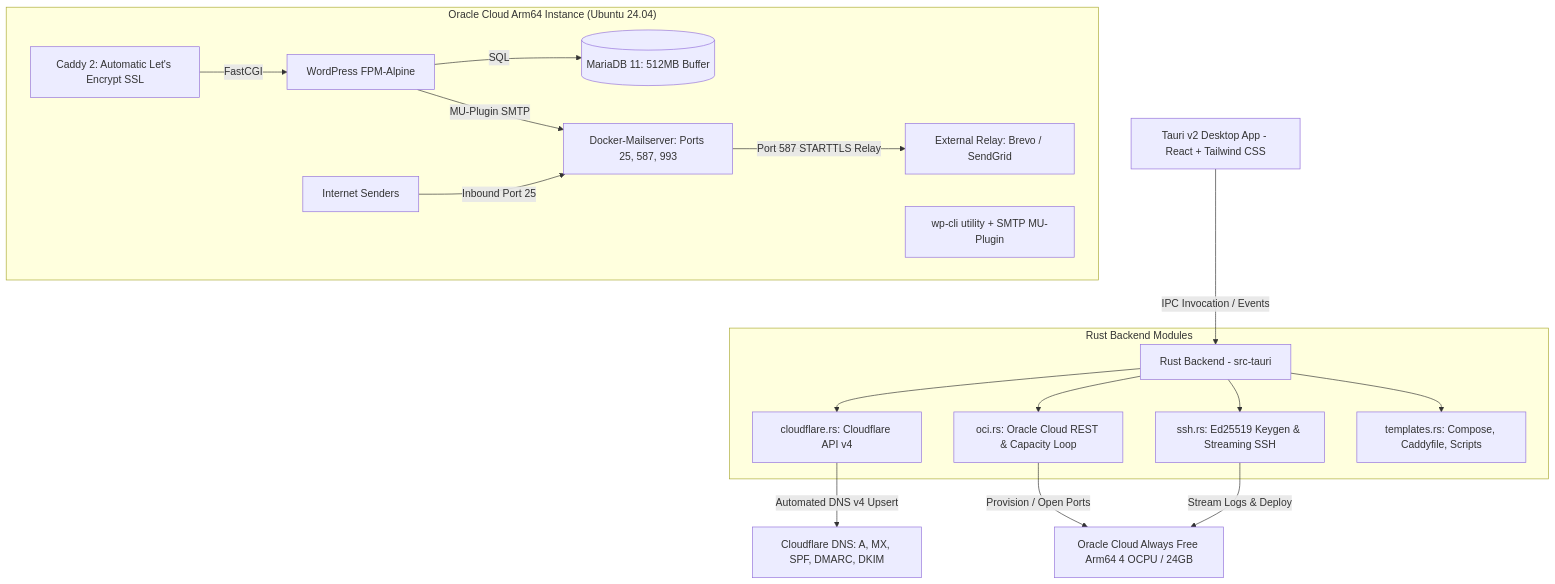
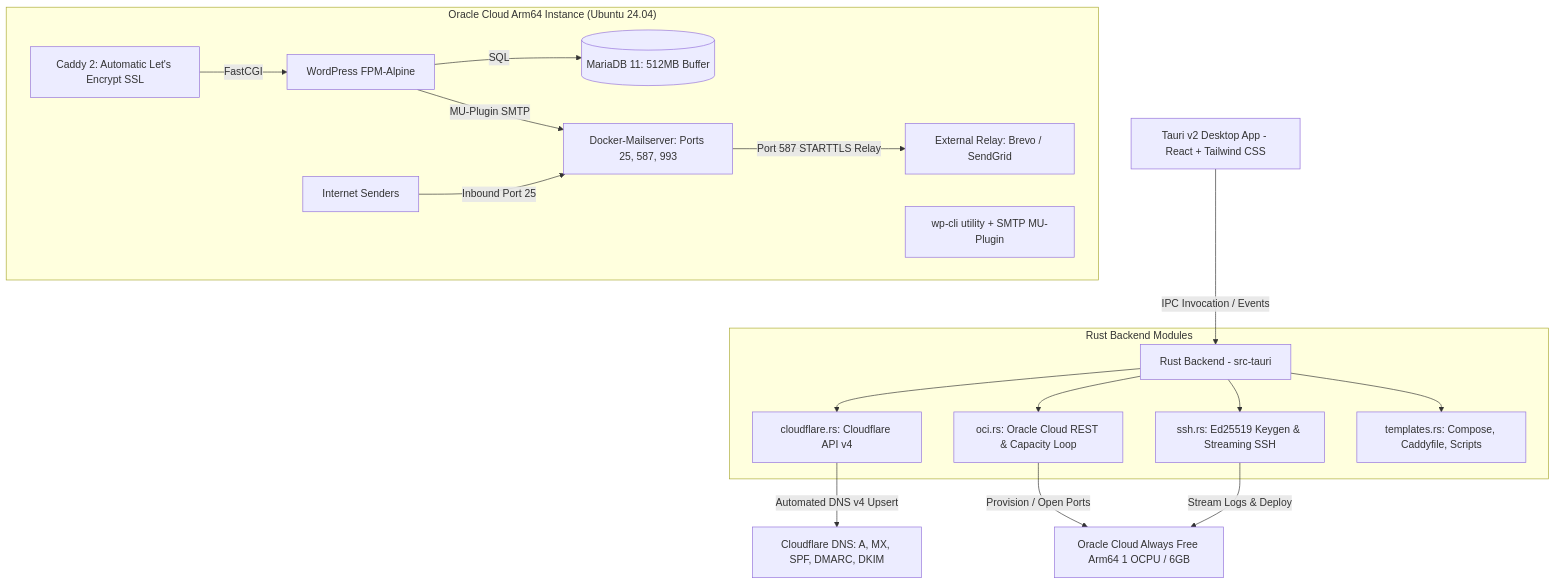
One commit to vickdini/CloudPress changed the diagram in deployment_guide.md. Above: the diagram before and after it, drawn with Mermaid. The commit also changed other lines of this file and 20 other files, not shown here.

````diff
--- a/deployment_guide.md
+++ b/deployment_guide.md
@@ -9,29 +9,29 @@
 ```mermaid
 graph TD
     UI[Tauri v2 Desktop App - React + Tailwind CSS] -->|IPC Invocation / Events| Core[Rust Backend - src-tauri]
     
     subgraph Rust Backend Modules
         Core --> CF[cloudflare.rs: Cloudflare API v4]
         Core --> OCI[oci.rs: Oracle Cloud REST & Capacity Loop]
         Core --> SSH[ssh.rs: Ed25519 Keygen & Streaming SSH]
         Core --> TPL[templates.rs: Compose, Caddyfile, Scripts]
     end
 
     CF -->|Automated DNS v4 Upsert| CloudflareDNS[Cloudflare DNS: A, MX, SPF, DMARC, DKIM]
-    OCI -->|Provision / Open Ports| OracleVM[Oracle Cloud Always Free Arm64 4 OCPU / 24GB]
+    OCI -->|Provision / Open Ports| OracleVM[Oracle Cloud Always Free Arm64 1 OCPU / 6GB]
     SSH -->|Stream Logs & Deploy| OracleVM
 
     subgraph "Oracle Cloud Arm64 Instance (Ubuntu 24.04)"
         Caddy[Caddy 2: Automatic Let's Encrypt SSL]
         WP[WordPress FPM-Alpine]
         DB[(MariaDB 11: 512MB Buffer)]
         Mail[Docker-Mailserver: Ports 25, 587, 993]
         WPCLI[wp-cli utility + SMTP MU-Plugin]
         
         Caddy -->|FastCGI| WP
         WP -->|SQL| DB
         WP -->|MU-Plugin SMTP| Mail
         Mail -->|Port 587 STARTTLS Relay| OutboundRelay[External Relay: Brevo / SendGrid]
         InboundMail[Internet Senders] -->|Inbound Port 25| Mail
     end
 ```
````
